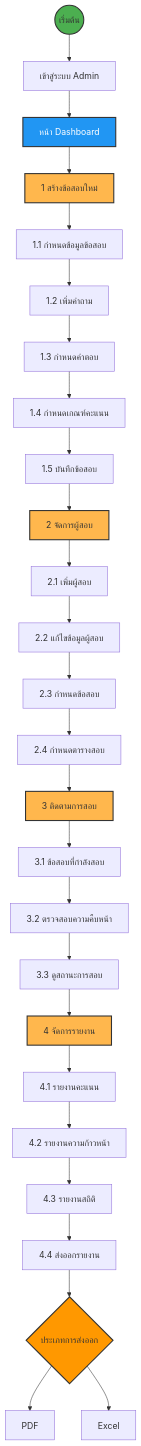
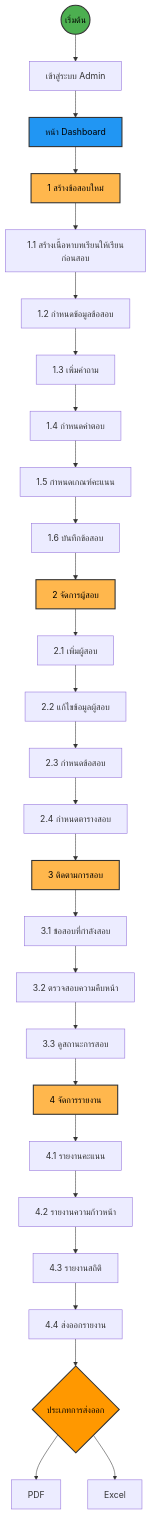
The first of 2 diagrams in readme.md (supagonava/ExamSystem), drawn with Mermaid before and after one commit. The commit also changed other lines of this file, not shown here.

Commit message:
feat: Add flow read document

````diff
--- a/readme.md
+++ b/readme.md
@@ -23,48 +23,49 @@
 ```mermaid
 flowchart TB
     Start((เริ่มต้น)) --> Login[เข้าสู่ระบบ Admin]
     Login --> Dashboard[หน้า Dashboard]
 
     %% ระบบจัดการข้อสอบ
     Dashboard --> CreateExam[1 สร้างข้อสอบใหม่]
-    CreateExam --> SetExamInfo[1.1 กำหนดข้อมูลข้อสอบ]
-    SetExamInfo --> AddQuestions[1.2 เพิ่มคำถาม]
-    AddQuestions --> SetAnswers[1.3 กำหนดคำตอบ]
-    SetAnswers --> SetScoring[1.4 กำหนดเกณฑ์คะแนน]
-    SetScoring --> SaveExam[1.5 บันทึกข้อสอบ]
+    CreateExam-->CreateLesson[1.1 สร้างเนื้อหาบทเรียนให้เรียนก่อนสอบ]
+    CreateLesson --> SetExamInfo[1.2 กำหนดข้อมูลข้อสอบ]
+    SetExamInfo --> AddQuestions[1.3 เพิ่มคำถาม]
+    AddQuestions --> SetAnswers[1.4 กำหนดคำตอบ]
+    SetAnswers --> SetScoring[1.5 กำหนดเกณฑ์คะแนน]
+    SetScoring --> SaveExam[1.6 บันทึกข้อสอบ]
 
     %% ระบบจัดการผู้สอบ
     SaveExam --> ManageCandidate[2 จัดการผู้สอบ]
     ManageCandidate --> AddCandidate[2.1 เพิ่มผู้สอบ]
     AddCandidate --> EditCandidate[2.2 แก้ไขข้อมูลผู้สอบ]
     EditCandidate --> AssignExam[2.3 กำหนดข้อสอบ]
     AssignExam --> SetSchedule[2.4 กำหนดตารางสอบ]
 
     %% ระบบติดตามการสอบ
     SetSchedule --> ExamMonitor[3 ติดตามการสอบ]
     ExamMonitor --> ActiveExams[3.1 ข้อสอบที่กำลังสอบ]
     ActiveExams --> CheckProgress[3.2 ตรวจสอบความคืบหน้า]
     CheckProgress --> ViewStatus[3.3 ดูสถานะการสอบ]
 
     %% ระบบรายงาน
     ViewStatus --> Reports[4 จัดการรายงาน]
     Reports --> ScoreReport[4.1 รายงานคะแนน]
     ScoreReport --> ProgressReport[4.2 รายงานความก้าวหน้า]
     ProgressReport --> StatReport[4.3 รายงานสถิติ]
 
     StatReport --> ExportReport[4.4 ส่งออกรายงาน]
     ExportReport --> ExportType{ประเภทการส่งออก}
     ExportType --> PDF[PDF]
     ExportType --> Excel[Excel]
 
     %% สไตล์
-    style Start fill:#4CAF50,stroke:#333,stroke-width:2px
-    style Dashboard fill:#2196F3,stroke:#333,stroke-width:2px,color:white
-    style ExportType fill:#FF9800,stroke:#333,stroke-width:2px
+    style Start fill:#4CAF50,stroke:#333,stroke-width:2px,color:black
+    style Dashboard fill:#2196F3,stroke:#333,stroke-width:2px,color:white,color:black
+    style ExportType fill:#FF9800,stroke:#333,stroke-width:2px,color:black
 
     %% หัวข้อหลัก
-    style CreateExam fill:#FFB74D,stroke:#333,stroke-width:2px
-    style ManageCandidate fill:#FFB74D,stroke:#333,stroke-width:2px
-    style ExamMonitor fill:#FFB74D,stroke:#333,stroke-width:2px
-    style Reports fill:#FFB74D,stroke:#333,stroke-width:2px
+    style CreateExam fill:#FFB74D,stroke:#333,stroke-width:2px,color:black
+    style ManageCandidate fill:#FFB74D,stroke:#333,stroke-width:2px,color:black
+    style ExamMonitor fill:#FFB74D,stroke:#333,stroke-width:2px,color:black
+    style Reports fill:#FFB74D,stroke:#333,stroke-width:2px,color:black
 ```
````
